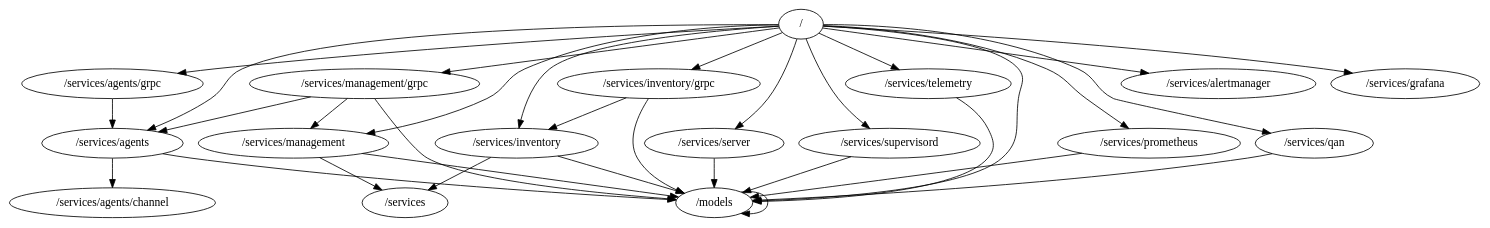
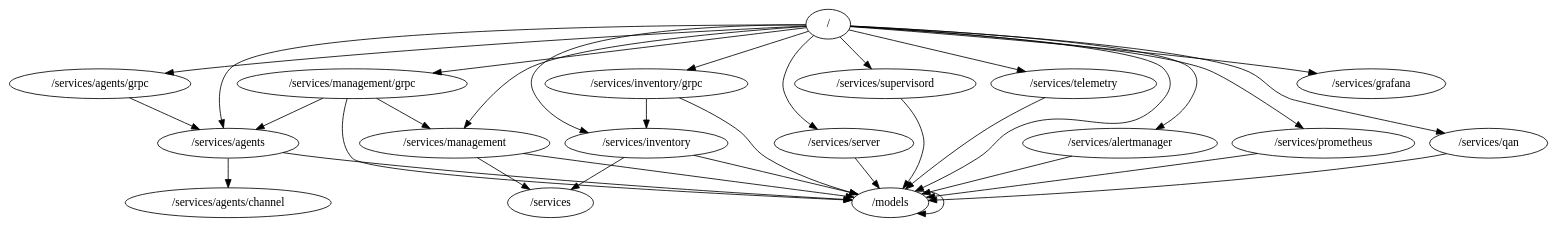
One commit to percona/pmm-managed changed the diagram in packages.dot. Above: the diagram before and after it, drawn with Graphviz. The commit also changed 5 other files, not shown here.

```diff
--- a/packages.dot
+++ b/packages.dot
@@ -1,34 +1,35 @@
 digraph packages {
 	"/" -> "/models";
 	"/" -> "/services/agents";
 	"/" -> "/services/agents/grpc";
 	"/" -> "/services/alertmanager";
 	"/" -> "/services/grafana";
 	"/" -> "/services/inventory";
 	"/" -> "/services/inventory/grpc";
 	"/" -> "/services/management";
 	"/" -> "/services/management/grpc";
 	"/" -> "/services/prometheus";
 	"/" -> "/services/qan";
 	"/" -> "/services/server";
 	"/" -> "/services/supervisord";
 	"/" -> "/services/telemetry";
 	"/models" -> "/models";
 	"/services/agents" -> "/models";
 	"/services/agents" -> "/services/agents/channel";
 	"/services/agents/grpc" -> "/services/agents";
+	"/services/alertmanager" -> "/models";
 	"/services/inventory" -> "/models";
 	"/services/inventory" -> "/services";
 	"/services/inventory/grpc" -> "/models";
 	"/services/inventory/grpc" -> "/services/inventory";
 	"/services/management" -> "/models";
 	"/services/management" -> "/services";
 	"/services/management/grpc" -> "/models";
 	"/services/management/grpc" -> "/services/agents";
 	"/services/management/grpc" -> "/services/management";
 	"/services/prometheus" -> "/models";
 	"/services/qan" -> "/models";
 	"/services/server" -> "/models";
 	"/services/supervisord" -> "/models";
 	"/services/telemetry" -> "/models";
 }
```
